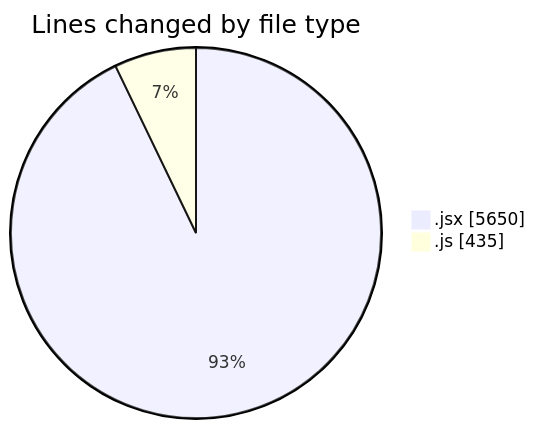
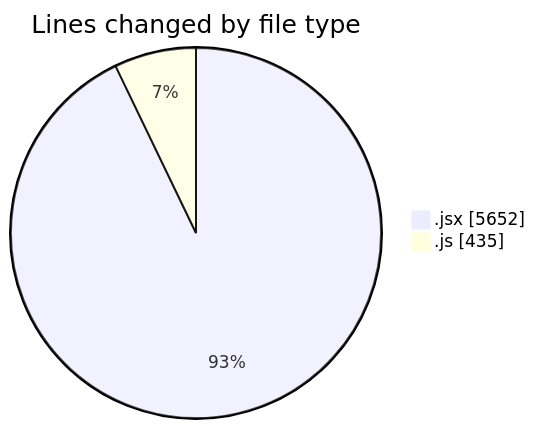
One commit to nxtqubesakshisongat/code-tracking changed the first of 2 diagrams in 2025-12-11/nxtqube_webapp/README.md. Above: the diagram before and after it, drawn with Mermaid. The commit also changed other lines of this file and 1 other file, not shown here.

````diff
--- a/2025-12-11/nxtqube_webapp/README.md
+++ b/2025-12-11/nxtqube_webapp/README.md
@@ -31,6 +31,6 @@
 ```mermaid
 pie showData
 title Lines changed by file type
-".jsx" : 5650
+".jsx" : 5652
 ".js" : 435
 ```
````
